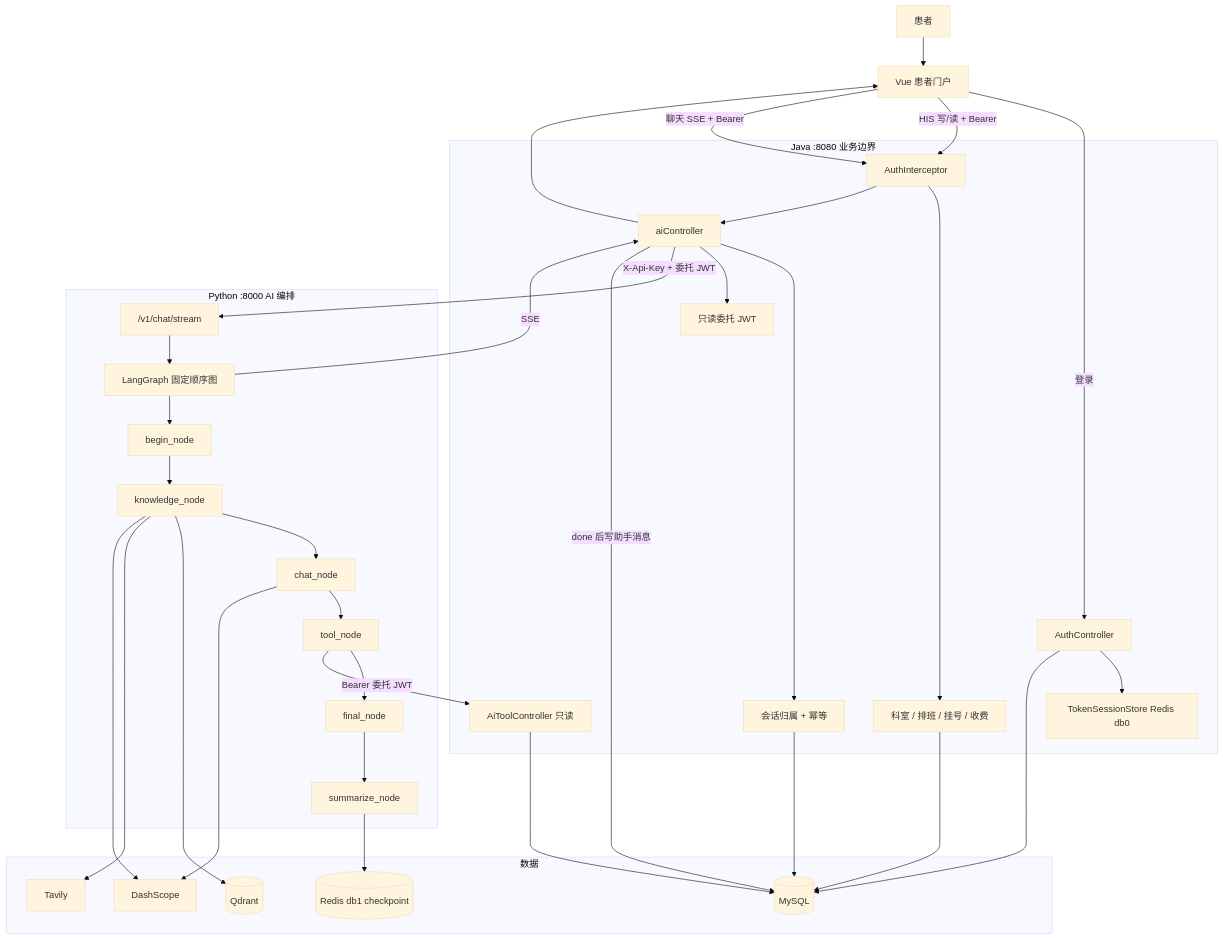
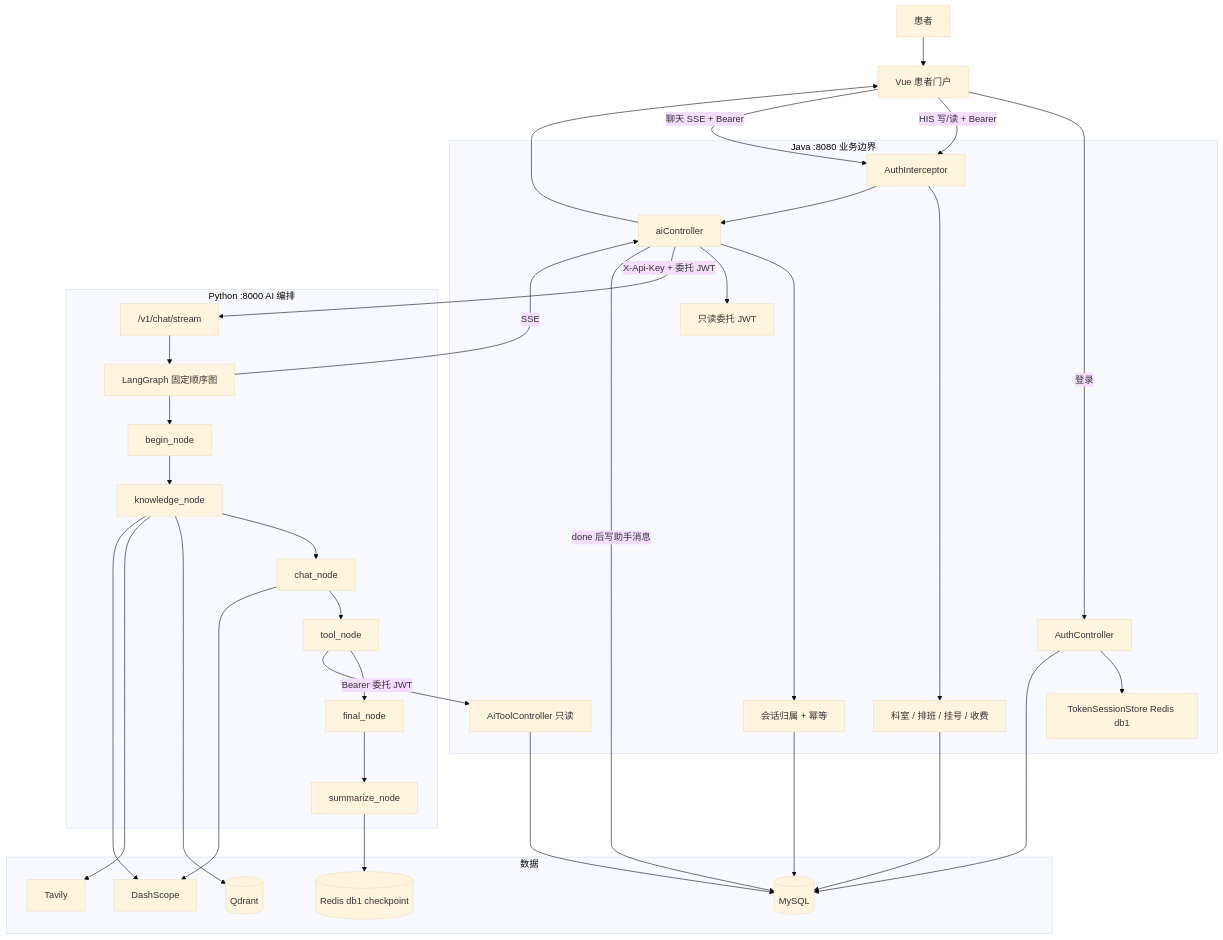
One commit to 6666ccc/WenRun changed the diagram in docs/项目流程骨架.md. Above: the diagram before and after it, drawn with Mermaid (base theme). The commit also changed other lines of this file and 2 other files, not shown here.

````diff
--- a/docs/项目流程骨架.md
+++ b/docs/项目流程骨架.md
@@ -166,54 +179,54 @@
 ```mermaid
 flowchart TB
     User[患者]
     Vue[Vue 患者门户]
     User --> Vue
 
     subgraph Java[Java :8080 业务边界]
         Auth[AuthController]
-        Session[TokenSessionStore Redis db0]
+        Session[TokenSessionStore Redis db1]
         Gate[AuthInterceptor]
         HIS[科室 / 排班 / 挂号 / 收费]
         AiGw[aiController]
         Own[会话归属 + 幂等]
         Jwt[只读委托 JWT]
         Tools[AiToolController 只读]
     end
 
     subgraph Py[Python :8000 AI 编排]
         Stream["/v1/chat/stream"]
         G[LangGraph 固定顺序图]
         Begin[begin_node]
         Know[knowledge_node]
         Chat[chat_node]
         ToolN[tool_node]
         Final[final_node]
         Sum[summarize_node]
     end
 
     subgraph Data[数据]
         MySQL[(MySQL)]
         Qdrant[(Qdrant)]
         RedisMem[(Redis db1 checkpoint)]
         LLM[DashScope]
         Web[Tavily]
     end
 
     Vue -->|"登录"| Auth
     Auth --> Session
     Auth --> MySQL
     Vue -->|"HIS 写/读 + Bearer"| Gate --> HIS --> MySQL
     Vue -->|"聊天 SSE + Bearer"| Gate --> AiGw
     AiGw --> Own --> MySQL
     AiGw --> Jwt
     AiGw -->|"X-Api-Key + 委托 JWT"| Stream --> G
     G --> Begin --> Know --> Chat --> ToolN --> Final --> Sum
     Know --> Qdrant
     Know --> Web
     Know --> LLM
     Chat --> LLM
     ToolN -->|"Bearer 委托 JWT"| Tools --> MySQL
     Sum --> RedisMem
     G -->|"SSE"| AiGw --> Vue
     AiGw -->|"done 后写助手消息"| MySQL
 ```
````
